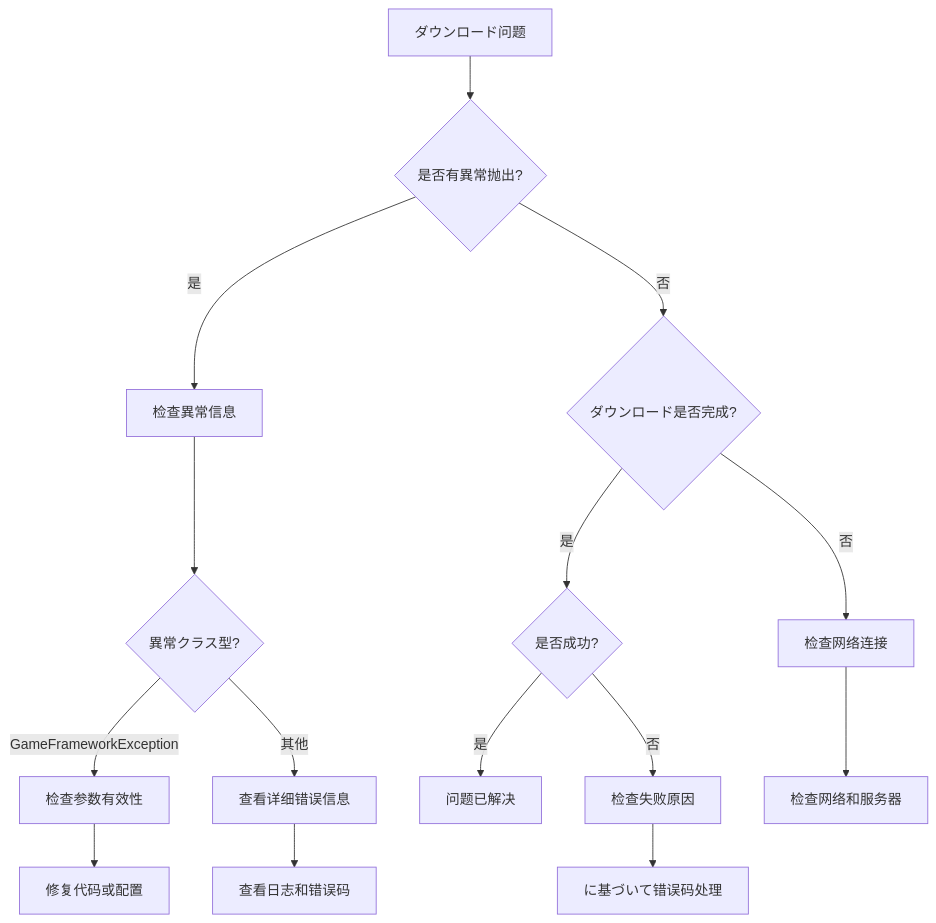
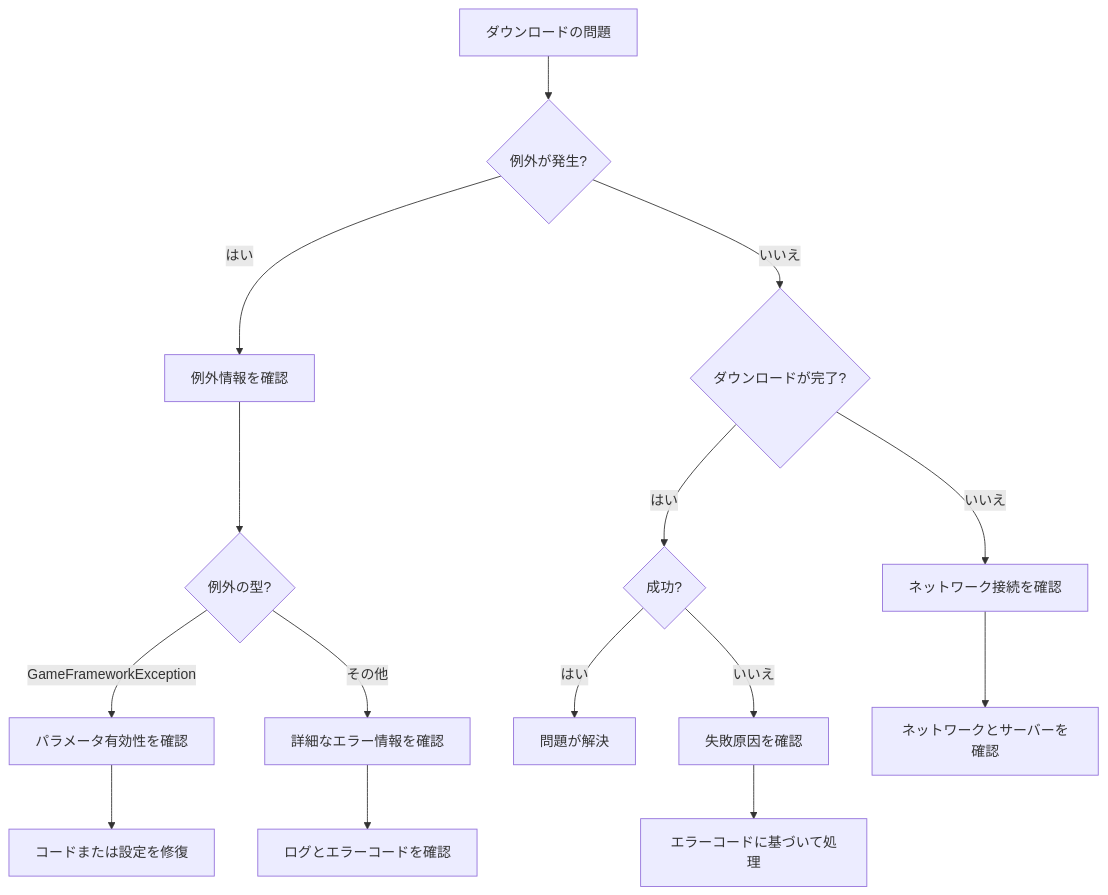
One commit to AlianBlank/GameFrameX.Docs changed the diagram in docs/ja/client/unity/component/download/15.troubleshooting.md. Above: the diagram before and after it, drawn with Mermaid. The commit also changed other lines of this file and 320 other files, not shown here.

````diff
--- a/docs/ja/client/unity/component/download/15.troubleshooting.md
+++ b/docs/ja/client/unity/component/download/15.troubleshooting.md
@@ -410,20 +410,20 @@
 ```mermaid
 flowchart TD
-    A[ダウンロード问题] --> B{是否有異常抛出?}
-    B -->|是| C[检查異常信息]
-    B -->|否| D{ダウンロード是否完成?}
-    D -->|是| E{是否成功?}
-    D -->|否| F[检查网络连接]
-    
-    C --> G{異常クラス型?}
-    G -->|GameFrameworkException| H[检查参数有效性]
-    G -->|其他| I[查看详细错误信息]
-    
-    E -->|是| J[问题已解决]
-    E -->|否| K[检查失败原因]
-    
-    H --> L[修复代码或配置]
-    I --> M[查看日志和错误码]
-    F --> N[检查网络和服务器]
-    K --> O[に基づいて错误码处理]
+    A[ダウンロードの問題] --> B{例外が発生?}
+    B -->|はい| C[例外情報を確認]
+    B -->|いいえ| D{ダウンロードが完了?}
+    D -->|はい| E{成功?}
+    D -->|いいえ| F[ネットワーク接続を確認]
+
+    C --> G{例外の型?}
+    G -->|GameFrameworkException| H[パラメータ有効性を確認]
+    G -->|その他| I[詳細なエラー情報を確認]
+
+    E -->|はい| J[問題が解決]
+    E -->|いいえ| K[失敗原因を確認]
+
+    H --> L[コードまたは設定を修復]
+    I --> M[ログとエラーコードを確認]
+    F --> N[ネットワークとサーバーを確認]
+    K --> O[エラーコードに基づいて処理]
 ```
````
